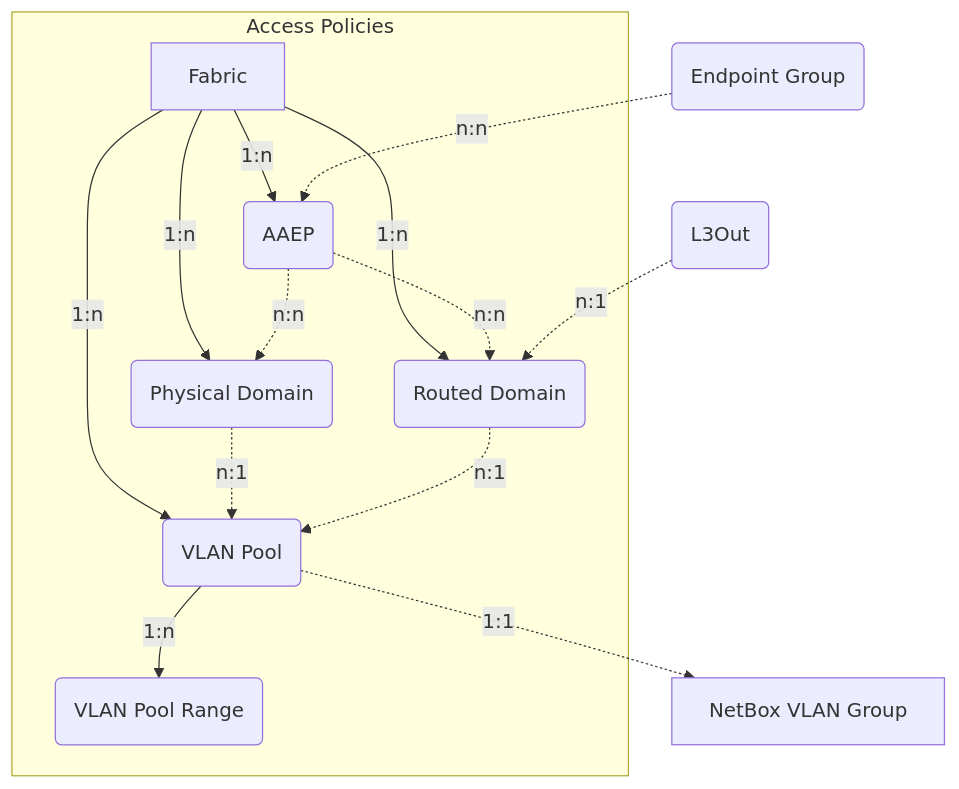
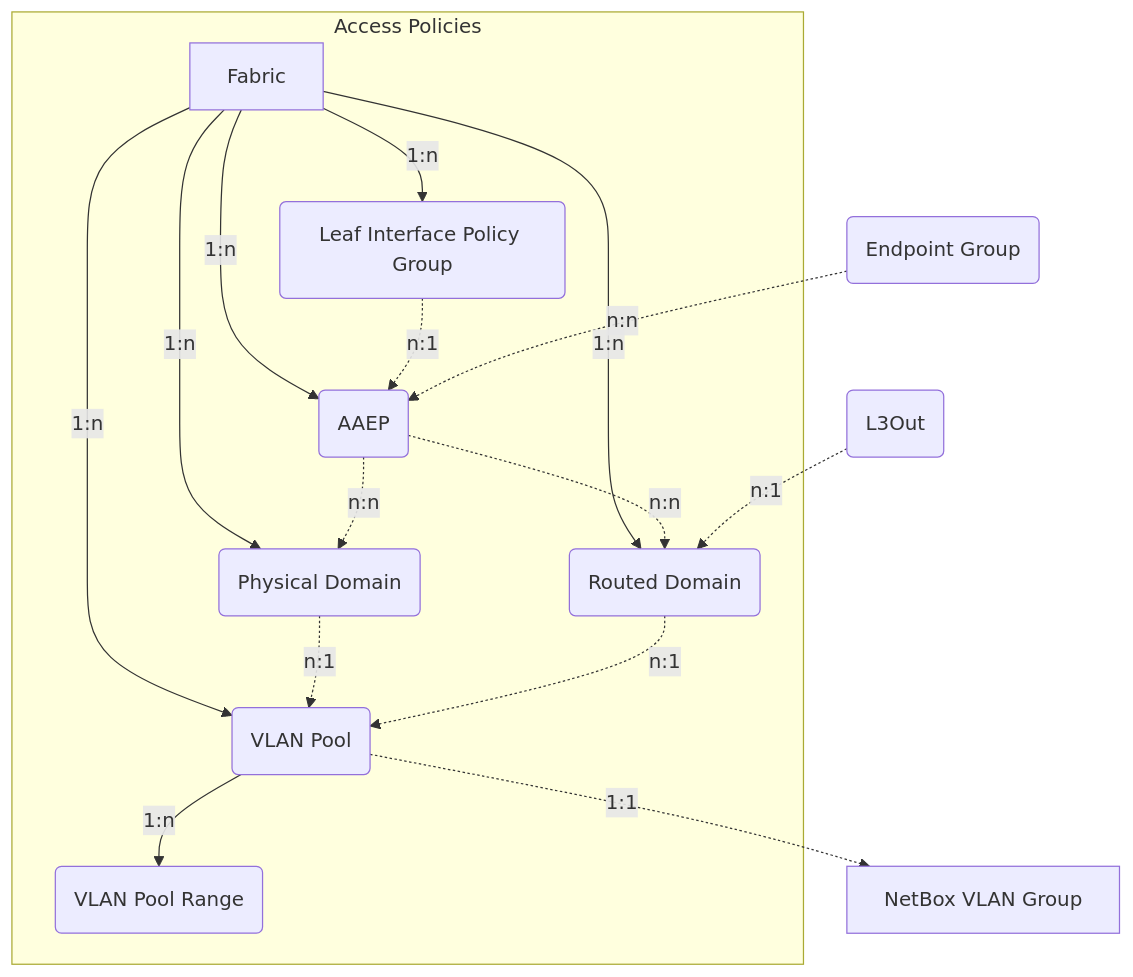
The diagram in docs/features/access_policies.md (pheus/netbox-aci-plugin), drawn with Mermaid before and after one commit. The commit also changed other lines of this file and 2 other files, not shown here.

````diff
--- a/docs/features/access_policies.md
+++ b/docs/features/access_policies.md
@@ -7,27 +7,30 @@
 ```mermaid
 flowchart TD
     FAB[Fabric]
     AAEP(AAEP)
     PD(Physical Domain)
     RD(Routed Domain)
     L3O(L3Out)
     EPG(Endpoint Group)
     VP(VLAN Pool)
     VPR(VLAN Pool Range)
+    LIPG(Leaf Interface Policy Group)
     NBVG[NetBox VLAN Group]
 
     subgraph graphAP [Access Policies]
         FAB -->|1:n| AAEP
         FAB -->|1:n| PD
         FAB -->|1:n| RD
         FAB -->|1:n| VP
+        FAB -->|1:n| LIPG
         VP -->|1:n| VPR
         AAEP -.->|n:n| PD
         AAEP -.->|n:n| RD
         PD -.->|n:1| VP
         RD -.->|n:1| VP
+        LIPG -.->|n:1| AAEP
     end
     L3O -.->|n:1| RD
     EPG -.->|n:n| AAEP
     VP -.->|1:1| NBVG
 ```
````
